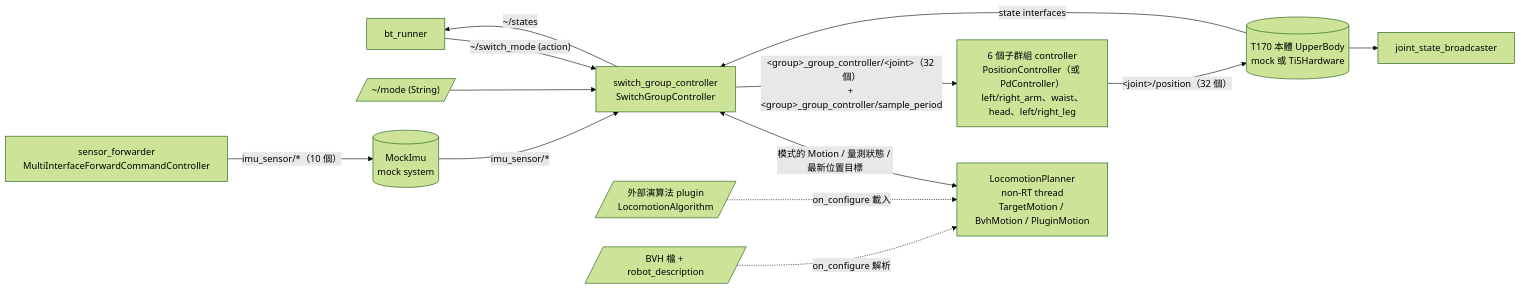
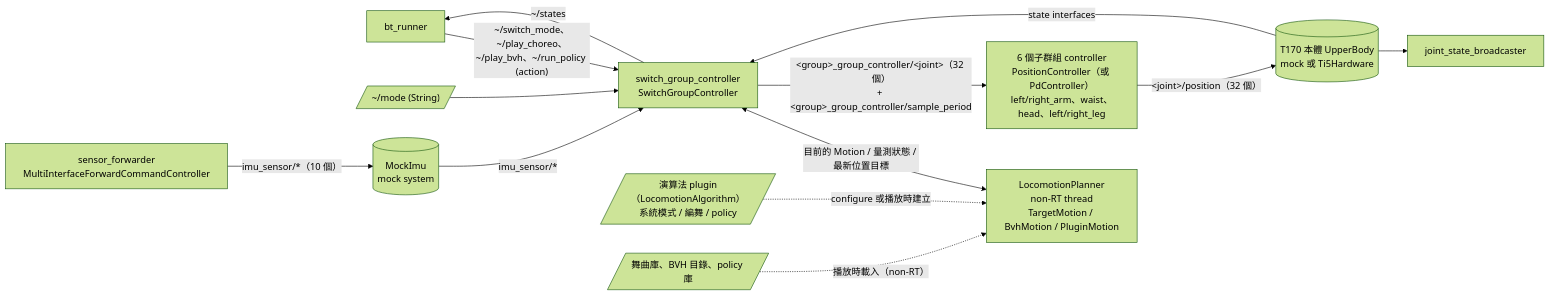
The second of 4 diagrams in docs/ARCHITECTURE.md (s40523122/graphen_controller), drawn with Mermaid (forest theme) before and after one commit. The commit also changed other lines of this file and 115 other files, not shown here.

````diff
--- a/docs/ARCHITECTURE.md
+++ b/docs/ARCHITECTURE.md
@@ -89,15 +89,15 @@
 ```mermaid
 graph LR
-  bt[bt_runner] -->|"~/switch_mode (action)"| sw[switch_group_controller<br/>SwitchGroupController]
+  bt[bt_runner] -->|"~/switch_mode、~/play_choreo、<br/>~/play_bvh、~/run_policy (action)"| sw[switch_group_controller<br/>SwitchGroupController]
   mode[/"~/mode (String)"/] --> sw
-  sw <-->|模式的 Motion / 量測狀態 / 最新位置目標| planner[LocomotionPlanner<br/>non-RT thread<br/>TargetMotion / BvhMotion / PluginMotion]
-  algo[/外部演算法 plugin<br/>LocomotionAlgorithm/] -.->|on_configure 載入| planner
-  bvh[/BVH 檔 + robot_description/] -.->|on_configure 解析| planner
+  sw <-->|目前的 Motion / 量測狀態 / 最新位置目標| planner[LocomotionPlanner<br/>non-RT thread<br/>TargetMotion / BvhMotion / PluginMotion]
+  algo[/演算法 plugin（LocomotionAlgorithm）<br/>系統模式 / 編舞 / policy/] -.->|configure 或播放時建立| planner
+  lib[/舞曲庫、BVH 目錄、policy 庫/] -.->|播放時載入（non-RT）| planner
   sw -->|"~/states"| bt
   sw -->|"&lt;group&gt;_group_controller/&lt;joint&gt;（32 個）<br/>+ &lt;group&gt;_group_controller/sample_period"| subs[6 個子群組 controller<br/>PositionController（或 PdController）<br/>left/right_arm、waist、head、left/right_leg]
   subs -->|"&lt;joint&gt;/position（32 個）"| hw[(T170 本體 UpperBody<br/>mock 或 Ti5Hardware)]
   hw -->|state interfaces| sw
   hw --> jsb[joint_state_broadcaster]
   fwd[sensor_forwarder<br/>MultiInterfaceForwardCommandController] -->|"imu_sensor/*（10 個）"| mimu[(MockImu<br/>mock system)]
   mimu -->|"imu_sensor/*"| sw
 ```
````
